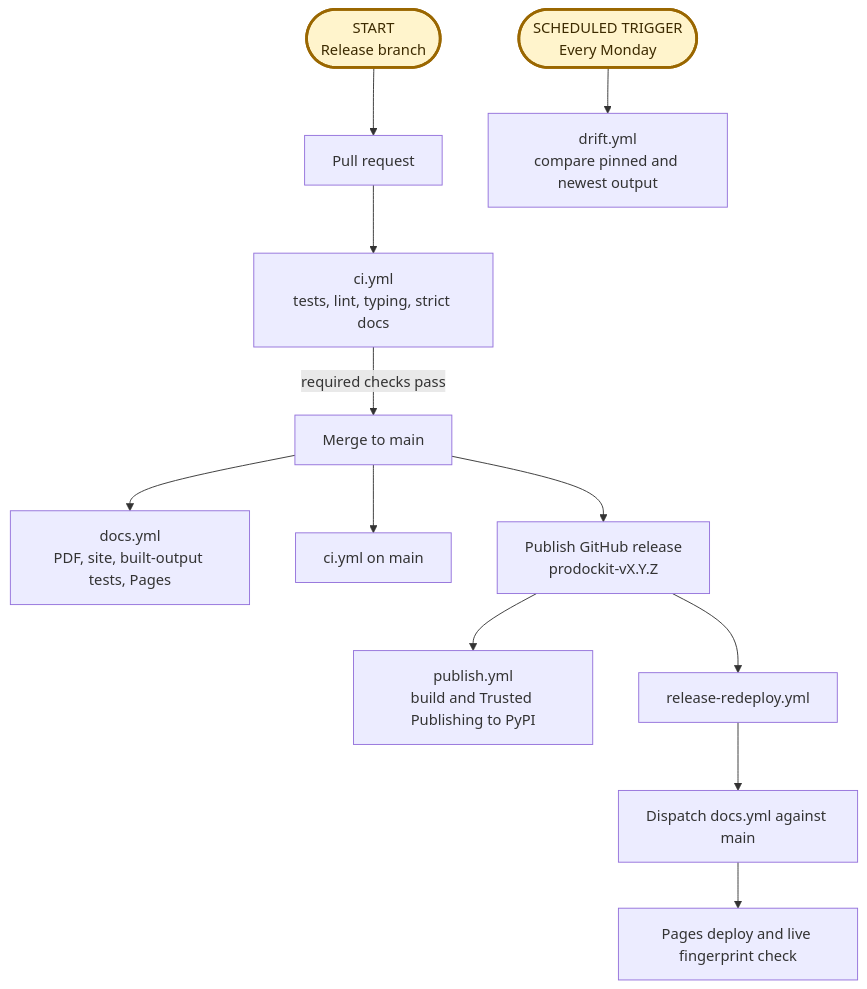
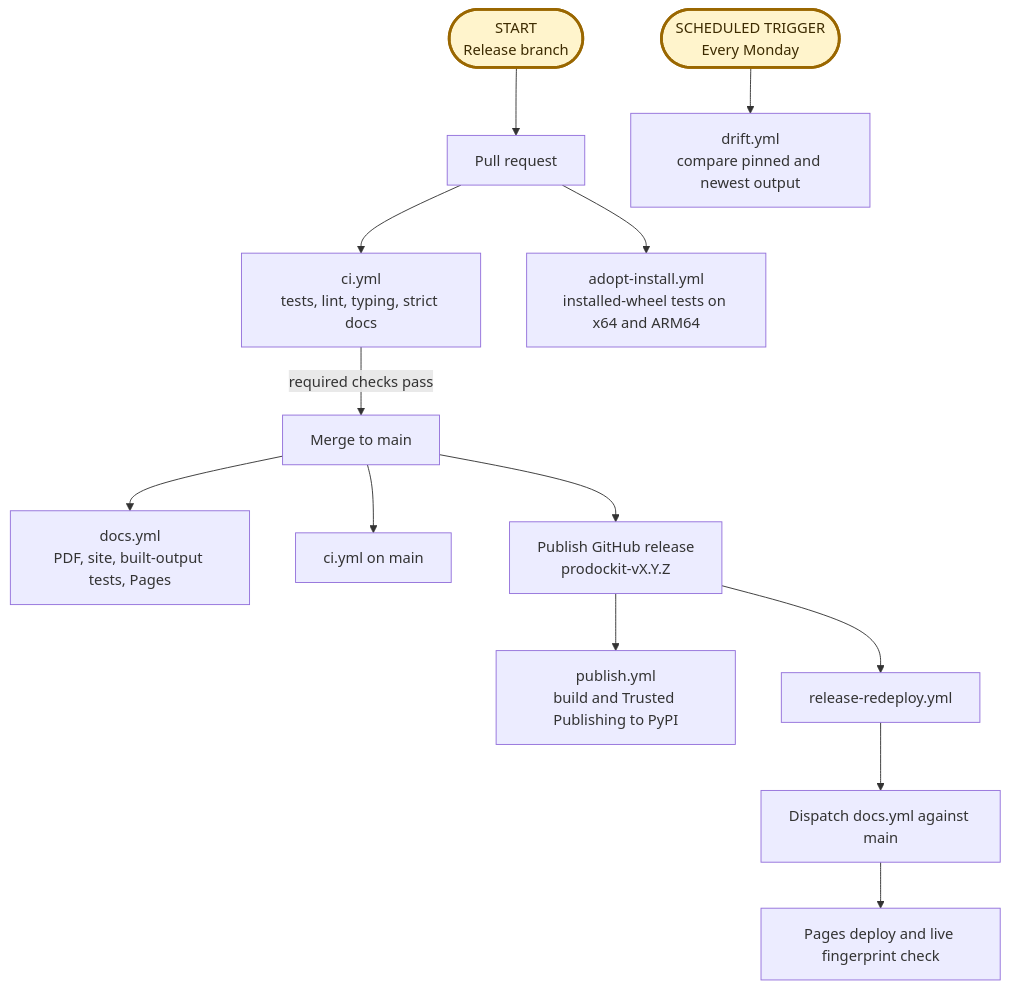
One commit to buckwem/prodockit-extensions changed the diagram in docs/devcons/releasing.md. Above: the diagram before and after it, drawn with Mermaid. The commit also changed other lines of this file and 25 other files, not shown here.

````diff
--- a/docs/devcons/releasing.md
+++ b/docs/devcons/releasing.md
@@ -23,16 +23,17 @@
 ```mermaid
 flowchart TD
     branch([START<br>Release branch]):::entry --> pr[Pull request]
     pr --> ci[ci.yml<br>tests, lint, typing, strict docs]
+    pr --> adopt[adopt-install.yml<br>installed-wheel tests on x64 and ARM64]
     ci -->|required checks pass| merge[Merge to main]
     merge --> docs[docs.yml<br>PDF, site, built-output tests, Pages]
     merge --> mainci[ci.yml on main]
     merge --> release[Publish GitHub release<br>prodockit-vX.Y.Z]
     release --> pypi[publish.yml<br>build and Trusted Publishing to PyPI]
     release --> redeploy[release-redeploy.yml]
     redeploy --> dispatch[Dispatch docs.yml against main]
     dispatch --> live[Pages deploy and live fingerprint check]
     schedule([SCHEDULED TRIGGER<br>Every Monday]):::entry --> drift[drift.yml<br>compare pinned and newest output]
 
     classDef entry fill:#fff4cc,stroke:#9a6700,stroke-width:3px,color:#3d2b00
 ```
````
